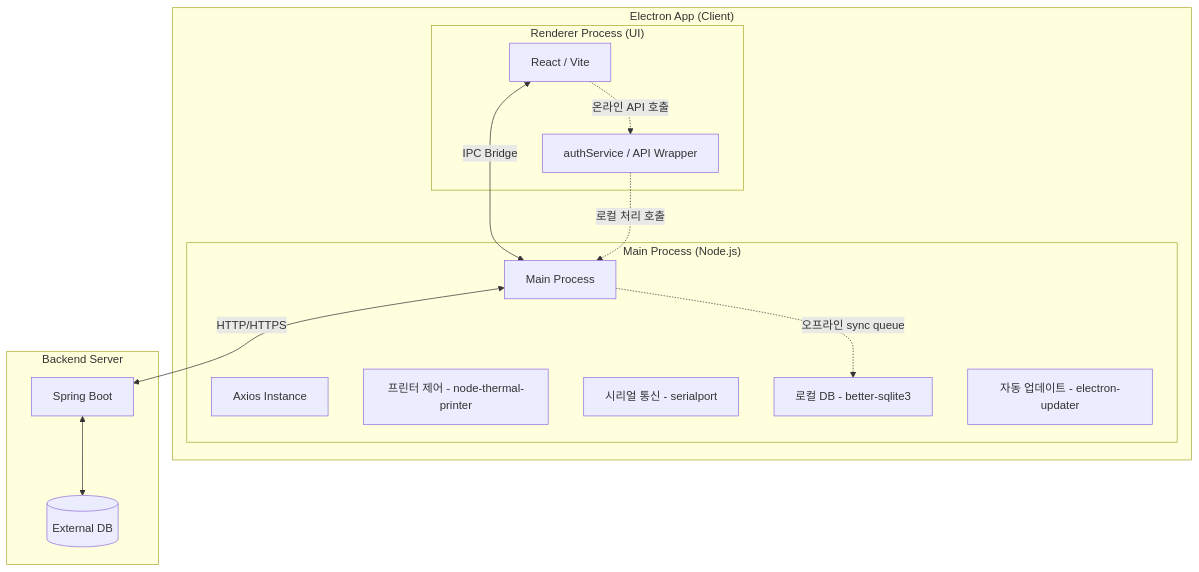
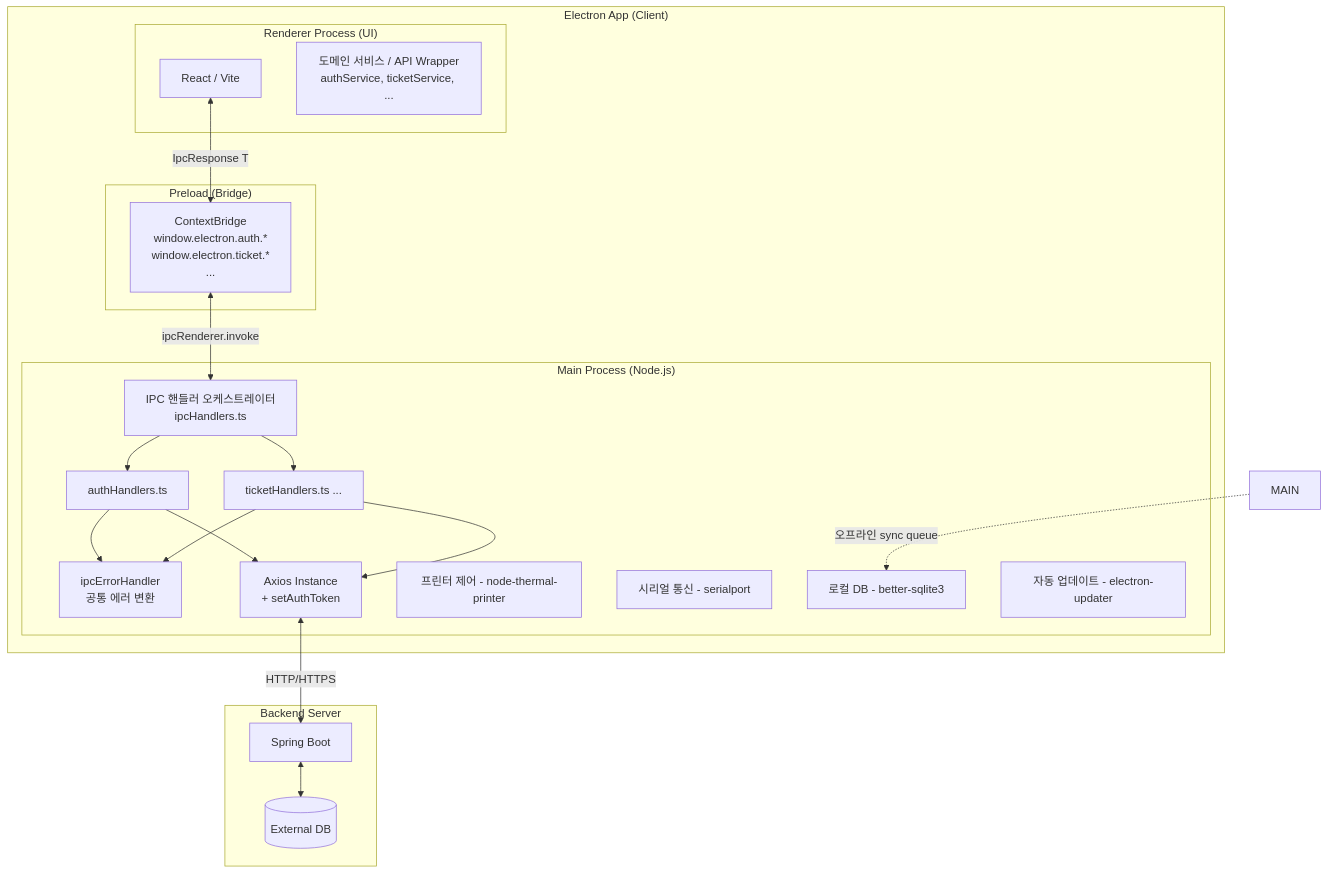
One commit to blueclover22/study_electron changed the first of 2 diagrams in README.md. Above: the diagram before and after it, drawn with Mermaid. The commit also changed other lines of this file and 8 other files, not shown here.

````diff
--- a/README.md
+++ b/README.md
@@ -75,33 +82,43 @@
 ```mermaid
 graph TD
     subgraph "Electron App (Client)"
         subgraph "Renderer Process (UI)"
             UI[React / Vite]
-            API_SVC[authService / API Wrapper]
+            API_SVC[도메인 서비스 / API Wrapper\nauthService, ticketService, ...]
+        end
+
+        subgraph "Preload (Bridge)"
+            BRIDGE[ContextBridge\nwindow.electron.auth.*\nwindow.electron.ticket.*\n...]
         end
 
         subgraph "Main Process (Node.js)"
-            MAIN[Main Process]
-            AXIOS[Axios Instance]
+            HANDLERS[IPC 핸들러 오케스트레이터\nipcHandlers.ts]
+            AUTH_H[authHandlers.ts]
+            TICKET_H[ticketHandlers.ts ...]
+            UTIL[ipcErrorHandler\n공통 에러 변환]
+            AXIOS[Axios Instance\n+ setAuthToken]
             PRINTER[프린터 제어 - node-thermal-printer]
             SERIAL[시리얼 통신 - serialport]
             SQLITE[로컬 DB - better-sqlite3]
             UPDATER[자동 업데이트 - electron-updater]
         end
-        
-        UI <-->|IPC Bridge| MAIN
+
+        UI <-->|IpcResponse T| BRIDGE
+        BRIDGE <-->|ipcRenderer.invoke| HANDLERS
+        HANDLERS --> AUTH_H
+        HANDLERS --> TICKET_H
+        AUTH_H --> UTIL
+        TICKET_H --> UTIL
+        AUTH_H --> AXIOS
+        TICKET_H --> AXIOS
     end
 
     subgraph "Backend Server"
         SB[Spring Boot]
         DB[(External DB)]
     end
 
-    MAIN <-->|HTTP/HTTPS| SB
+    AXIOS <-->|HTTP/HTTPS| SB
     SB <--> DB
-
-    %% 상세 설명 연결
-    UI -.->|온라인 API 호출| API_SVC
-    API_SVC -.->|로컬 처리 호출| MAIN
     MAIN -.->|오프라인 sync queue| SQLITE
 ```
````
